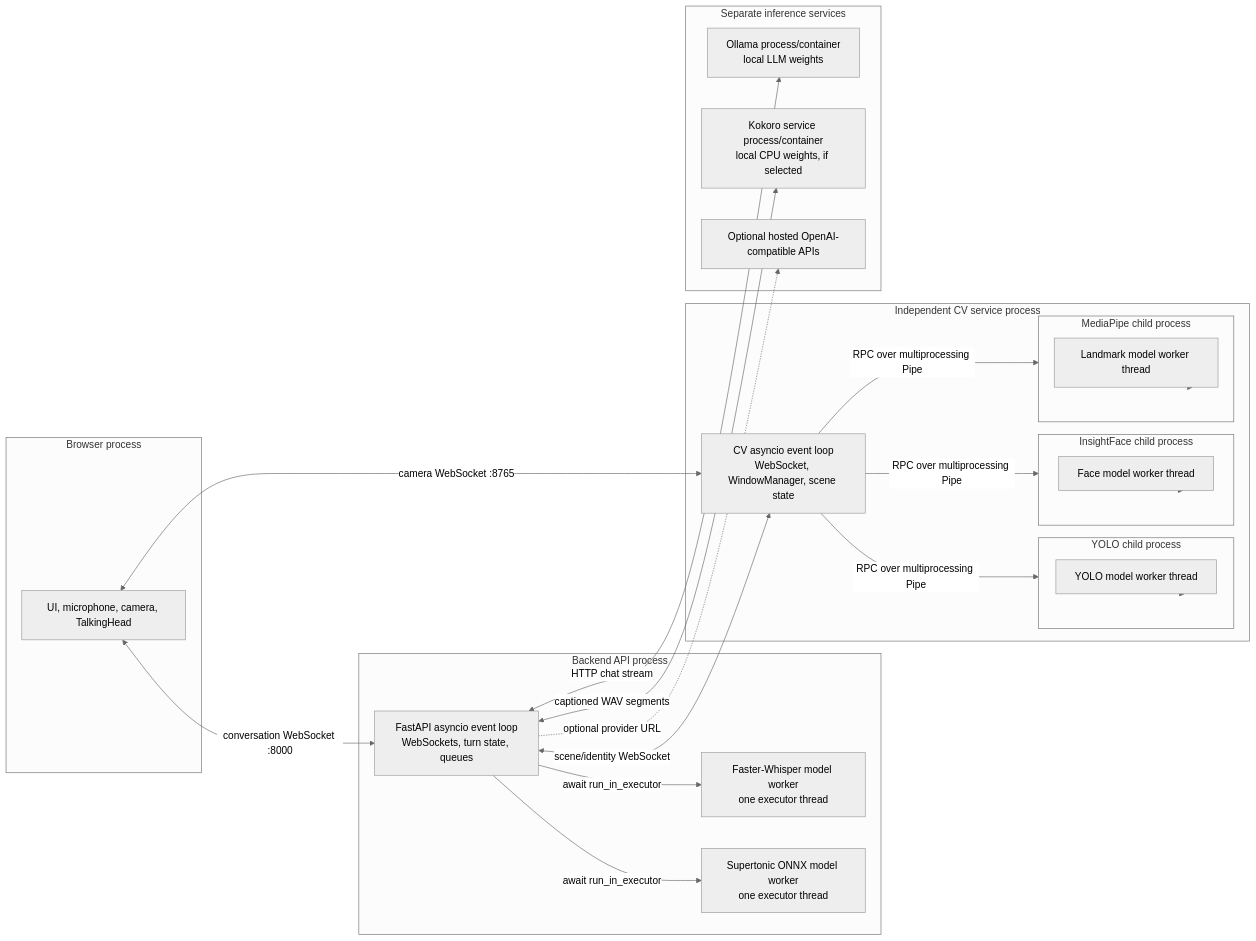
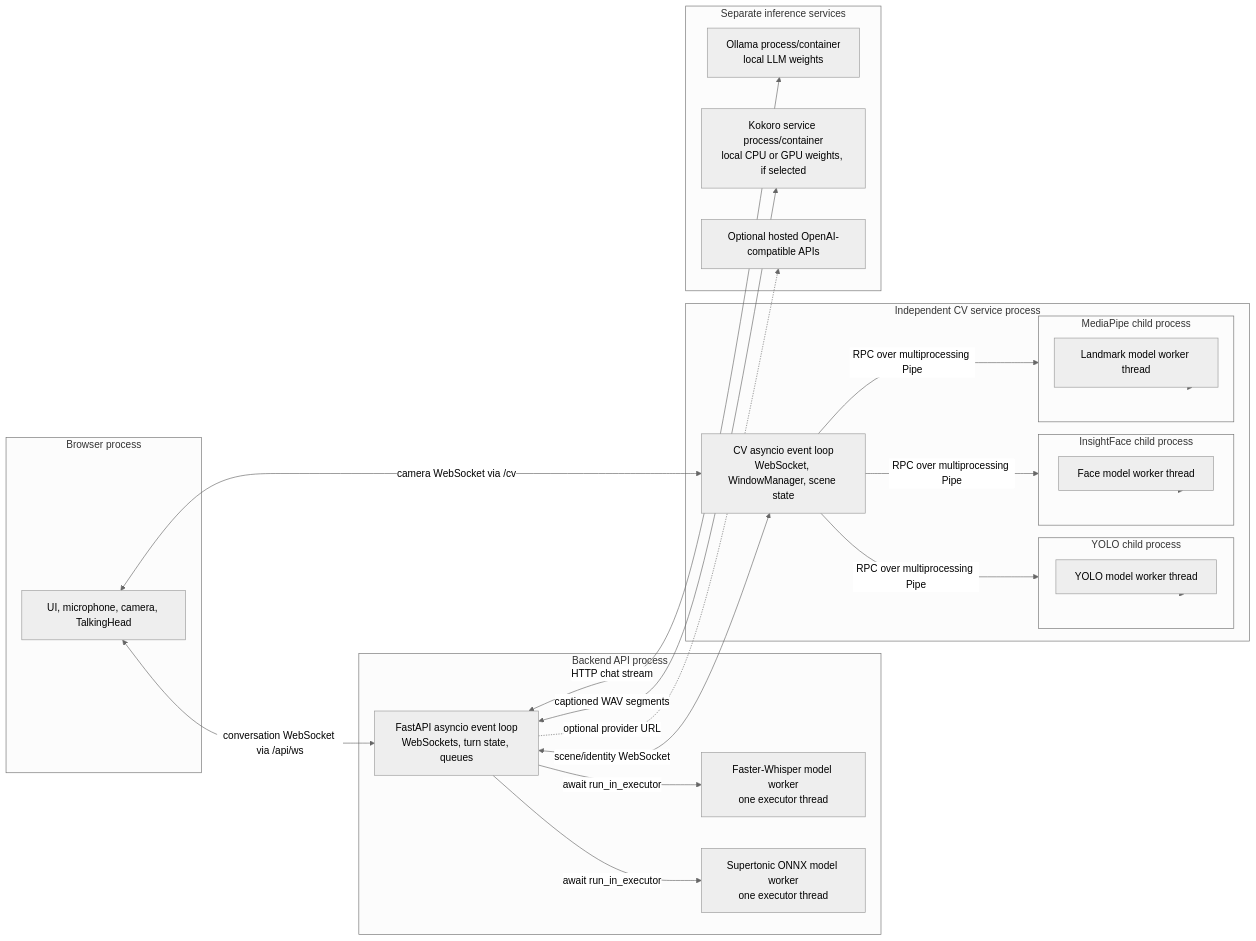
One commit to Dhanush-S-Gowda/virtual-human changed the second of 3 diagrams in Readme.md. Above: the diagram before and after it, drawn with Mermaid (neutral theme). The commit also changed other lines of this file and 129 other files, not shown here.

````diff
--- a/Readme.md
+++ b/Readme.md
@@ -414,46 +350,46 @@
 ```mermaid
 flowchart LR
     subgraph Browser[Browser process]
         UI[UI, microphone, camera, TalkingHead]
     end
 
     subgraph API[Backend API process]
         LOOP["FastAPI asyncio event loop<br/>WebSockets, turn state, queues"]
         STTTHREAD["Faster-Whisper model worker<br/>one executor thread"]
         TTSTHREAD["Supertonic ONNX model worker<br/>one executor thread"]
         LOOP -->|await run_in_executor| STTTHREAD
         LOOP -->|await run_in_executor| TTSTHREAD
     end
 
     subgraph CV[Independent CV service process]
         CVLOOP["CV asyncio event loop<br/>WebSocket, WindowManager, scene state"]
         subgraph OPROC[YOLO child process]
             OTHREAD[YOLO model worker thread]
         end
         subgraph FPROC[InsightFace child process]
             FTHREAD[Face model worker thread]
         end
         subgraph KPROC[MediaPipe child process]
             KTHREAD[Landmark model worker thread]
         end
         CVLOOP -->|RPC over multiprocessing Pipe| OPROC
         CVLOOP -->|RPC over multiprocessing Pipe| FPROC
         CVLOOP -->|RPC over multiprocessing Pipe| KPROC
         OPROC --> OTHREAD
         FPROC --> FTHREAD
         KPROC --> KTHREAD
     end
 
     subgraph Services[Separate inference services]
         OLLAMA[Ollama process/container\nlocal LLM weights]
-        KOKORO[Kokoro service process/container\nlocal CPU weights, if selected]
+        KOKORO[Kokoro service process/container\nlocal CPU or GPU weights, if selected]
         HOSTED[Optional hosted OpenAI-compatible APIs]
     end
 
-    UI <-->|conversation WebSocket :8000| LOOP
-    UI <-->|camera WebSocket :8765| CVLOOP
+    UI <-->|conversation WebSocket via /api/ws| LOOP
+    UI <-->|camera WebSocket via /cv| CVLOOP
     LOOP <-->|scene/identity WebSocket| CVLOOP
     LOOP <-->|HTTP chat stream| OLLAMA
     LOOP <-->|captioned WAV segments| KOKORO
     LOOP -. optional provider URL .-> HOSTED
 ```
````
